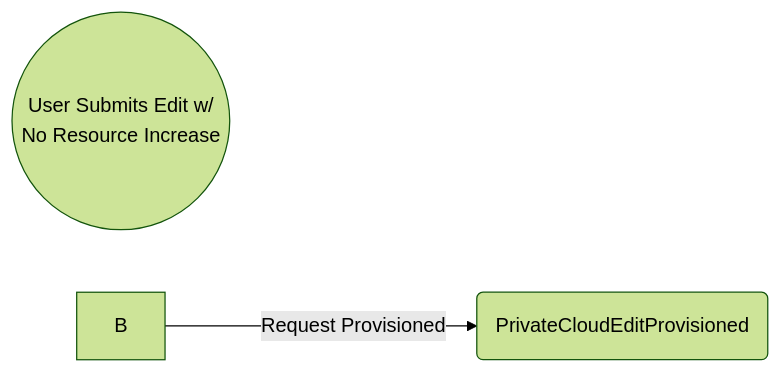
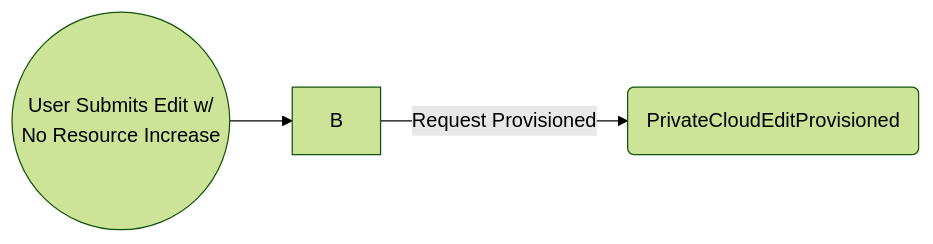
Before and after one commit to bcgov/platform-services-registry: the third of 5 diagrams in docs/email-scenarios-private-cloud.md, drawn with Mermaid (forest theme). The commit also changed other lines of this file, not shown here.

````diff
--- a/docs/email-scenarios-private-cloud.md
+++ b/docs/email-scenarios-private-cloud.md
@@ -103,5 +103,5 @@
 ```mermaid
 flowchart LR
-    A((User Submits Edit w/ <br> No Resource Increase))
+    A((User Submits Edit w/ <br> No Resource Increase)) --> B
     B -->|Request Provisioned| C(PrivateCloudEditProvisioned)
 ```
````
